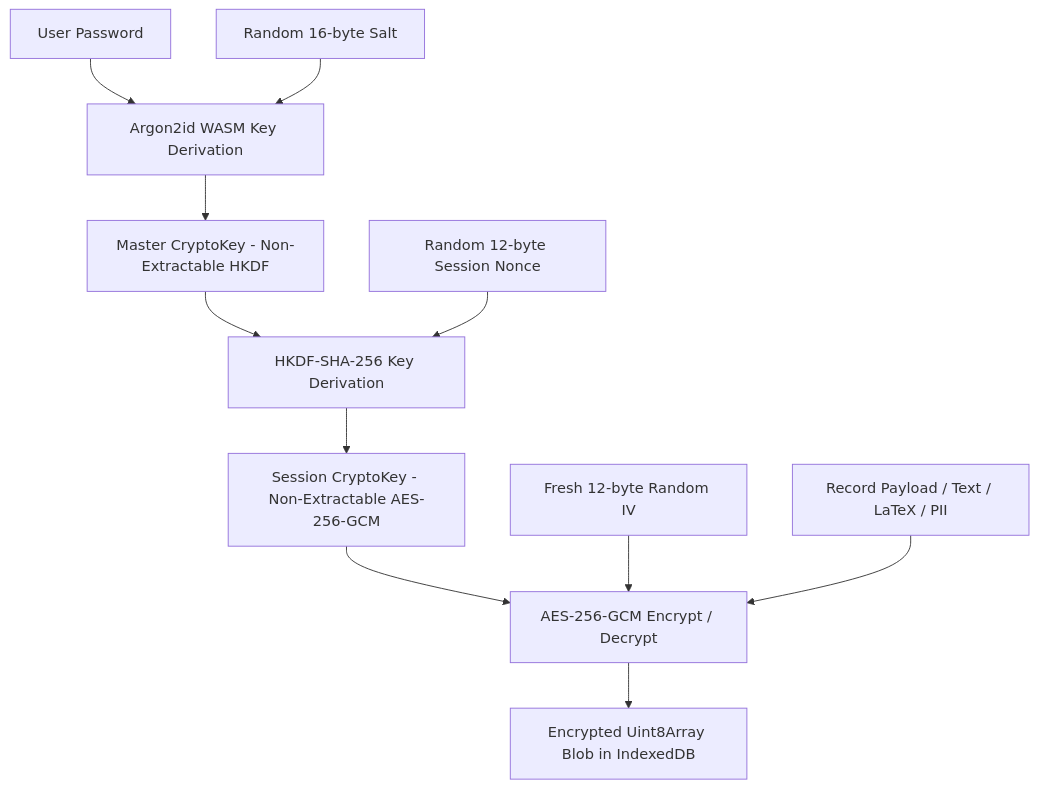
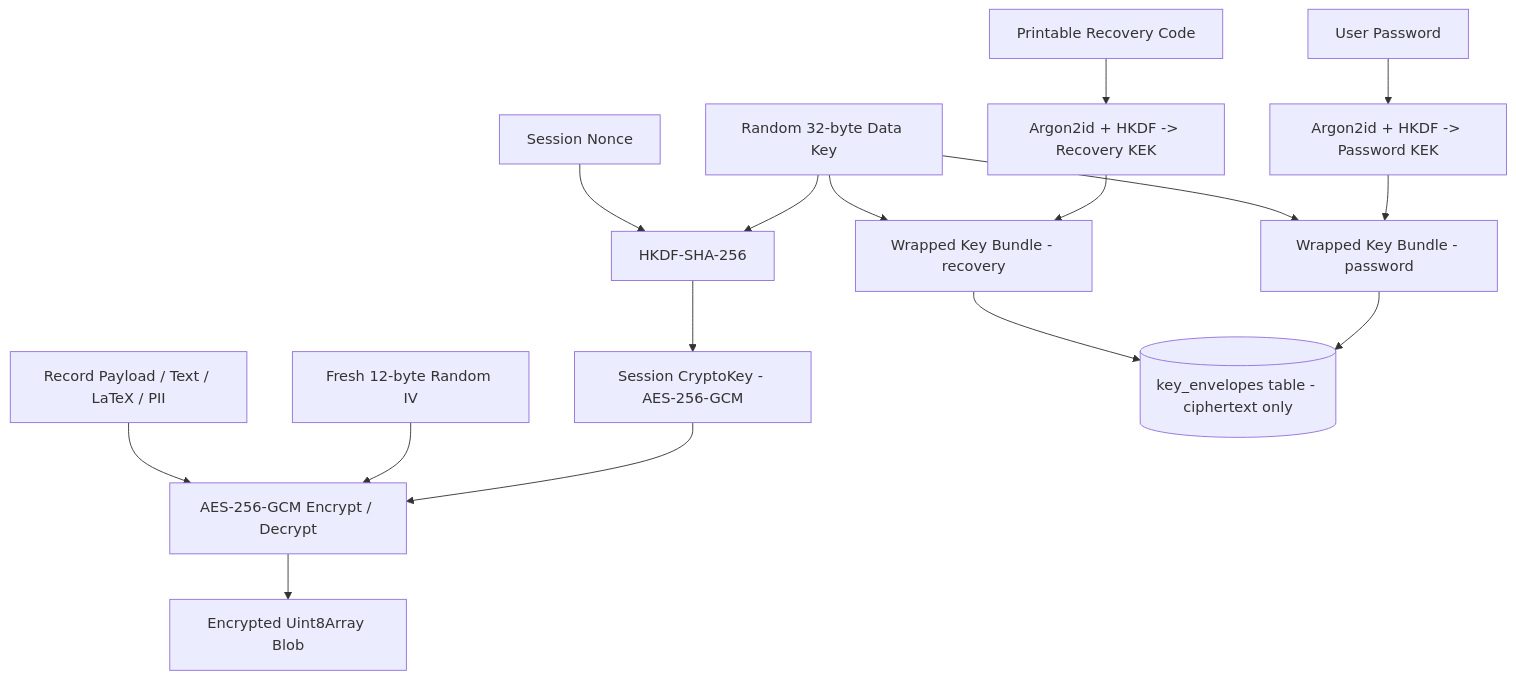
One commit to ValentinHerrmann/Examance changed the first of 3 diagrams in docs/data_flow_and_security.md. Above: the diagram before and after it, drawn with Mermaid. The commit also changed other lines of this file and 48 other files, not shown here.

First line of the commit message:
Harden authentication: login cooloff, recoverable data key, encrypted pupil data

````diff
--- a/docs/data_flow_and_security.md
+++ b/docs/data_flow_and_security.md
@@ -26,14 +30,20 @@
 ```mermaid
 flowchart TD
-    Password[User Password] --> Argon2id[Argon2id WASM Key Derivation]
-    Salt[Random 16-byte Salt] --> Argon2id
-    Argon2id --> MasterKey[Master CryptoKey - Non-Extractable HKDF]
-    MasterKey --> HKDF[HKDF-SHA-256 Key Derivation]
-    Nonce[Random 12-byte Session Nonce] --> HKDF
-    HKDF --> SessionKey[Session CryptoKey - Non-Extractable AES-256-GCM]
+    DEK[Random 32-byte Data Key] --> HKDF[HKDF-SHA-256]
+    Nonce[Session Nonce] --> HKDF
+    HKDF --> SessionKey[Session CryptoKey - AES-256-GCM]
 
     SessionKey --> AESGCM[AES-256-GCM Encrypt / Decrypt]
     FreshIV[Fresh 12-byte Random IV] --> AESGCM
     RecordPayload[Record Payload / Text / LaTeX / PII] --> AESGCM
-    AESGCM --> CiphertextPayload[Encrypted Uint8Array Blob in IndexedDB]
+    AESGCM --> CiphertextPayload[Encrypted Uint8Array Blob]
+
+    Password[User Password] --> PwKEK[Argon2id + HKDF -> Password KEK]
+    RecoveryCode[Printable Recovery Code] --> RcKEK[Argon2id + HKDF -> Recovery KEK]
+    PwKEK --> WrapPw[Wrapped Key Bundle - password]
+    RcKEK --> WrapRc[Wrapped Key Bundle - recovery]
+    DEK --> WrapPw
+    DEK --> WrapRc
+    WrapPw --> Server[(key_envelopes table - ciphertext only)]
+    WrapRc --> Server
 ```
````
